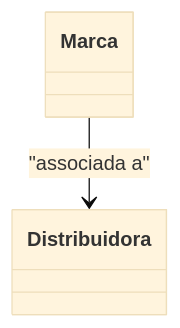
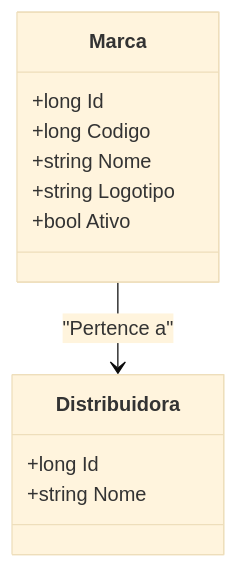
Before and after one commit to IsthmusSistemas/documentacao-tecnica: the diagram in docs/b2b-dominio/IsthmusWinthor.Nucleo/IsthmusWinthor.Dominio/Entidades/Marca.md, drawn with Mermaid (base theme). The commit also changed other lines of this file and 882 other files, not shown here.

````diff
--- a/docs/b2b-dominio/IsthmusWinthor.Nucleo/IsthmusWinthor.Dominio/Entidades/Marca.md
+++ b/docs/b2b-dominio/IsthmusWinthor.Nucleo/IsthmusWinthor.Dominio/Entidades/Marca.md
@@ -21,4 +21,17 @@
 ```mermaid
 classDiagram
-    Marca --> Distribuidora : "associada a"
+    class Marca {
+        +long Id
+        +long Codigo
+        +string Nome
+        +string Logotipo
+        +bool Ativo
+    }
+
+    class Distribuidora {
+        +long Id
+        +string Nome
+    }
+
+    Marca --> Distribuidora : "Pertence a"
 ```
````
